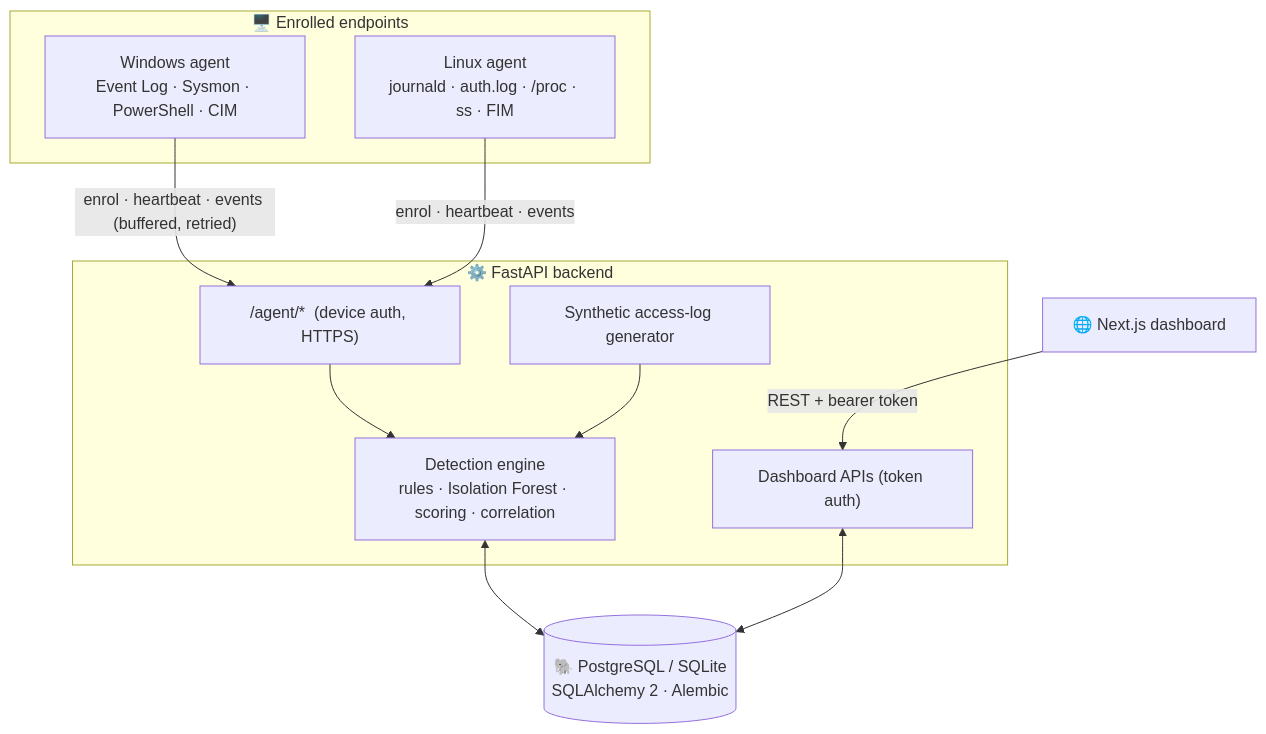
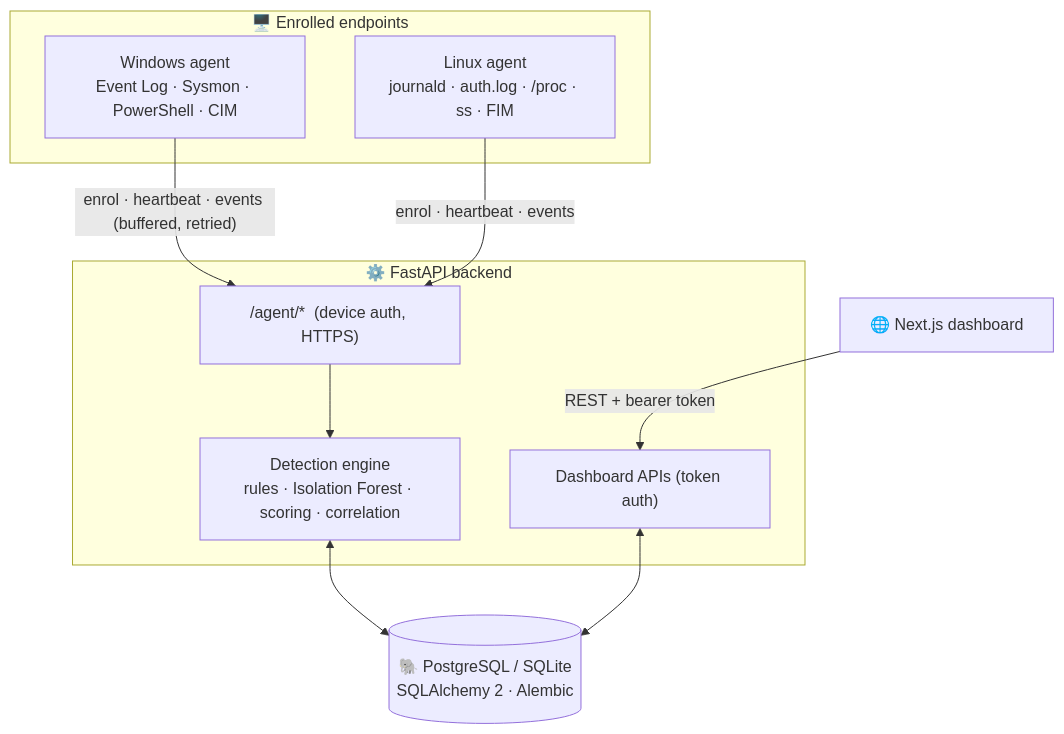
Before and after one commit to pvtltdpratik/lognexa: the diagram in README.md, drawn with Mermaid. The commit also changed other lines of this file and 11 other files, not shown here.

````diff
--- a/README.md
+++ b/README.md
@@ -78,23 +78,21 @@
 ```mermaid
 flowchart TB
     subgraph Endpoints["🖥️ Enrolled endpoints"]
         WA["Windows agent<br/>Event Log · Sysmon · PowerShell · CIM"]
         LA["Linux agent<br/>journald · auth.log · /proc · ss · FIM"]
     end
     subgraph Server["⚙️ FastAPI backend"]
         AG["/agent/*  (device auth, HTTPS)"]
         API["Dashboard APIs (token auth)"]
         DET["Detection engine<br/>rules · Isolation Forest · scoring · correlation"]
-        GEN["Synthetic access-log generator"]
     end
     DB[("🐘 PostgreSQL / SQLite<br/>SQLAlchemy 2 · Alembic")]
     UI["🌐 Next.js dashboard"]
 
     WA -- "enrol · heartbeat · events (buffered, retried)" --> AG
     LA -- "enrol · heartbeat · events" --> AG
     AG --> DET
-    GEN --> DET
     DET <--> DB
     UI -- "REST + bearer token" --> API
     API <--> DB
 ```
````
